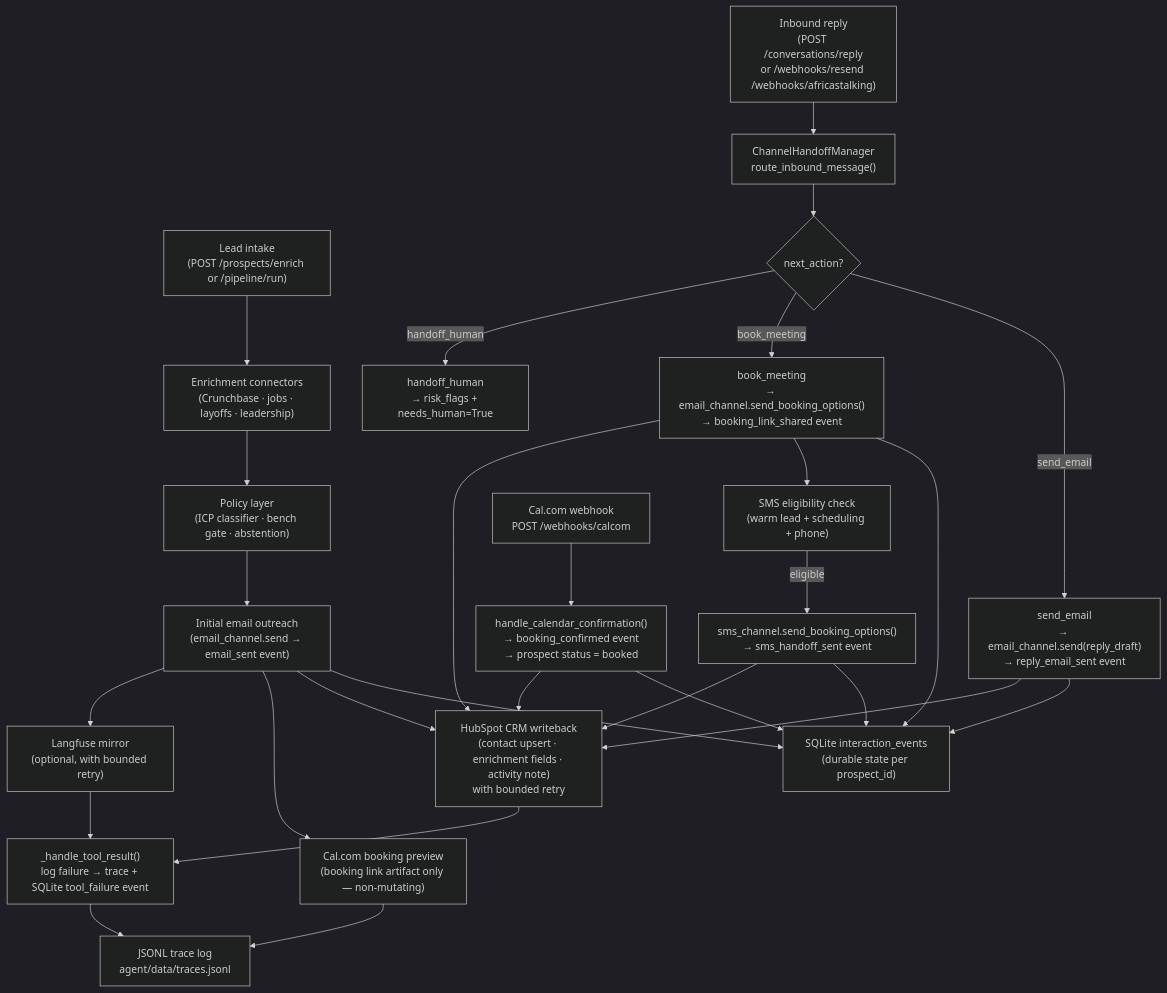
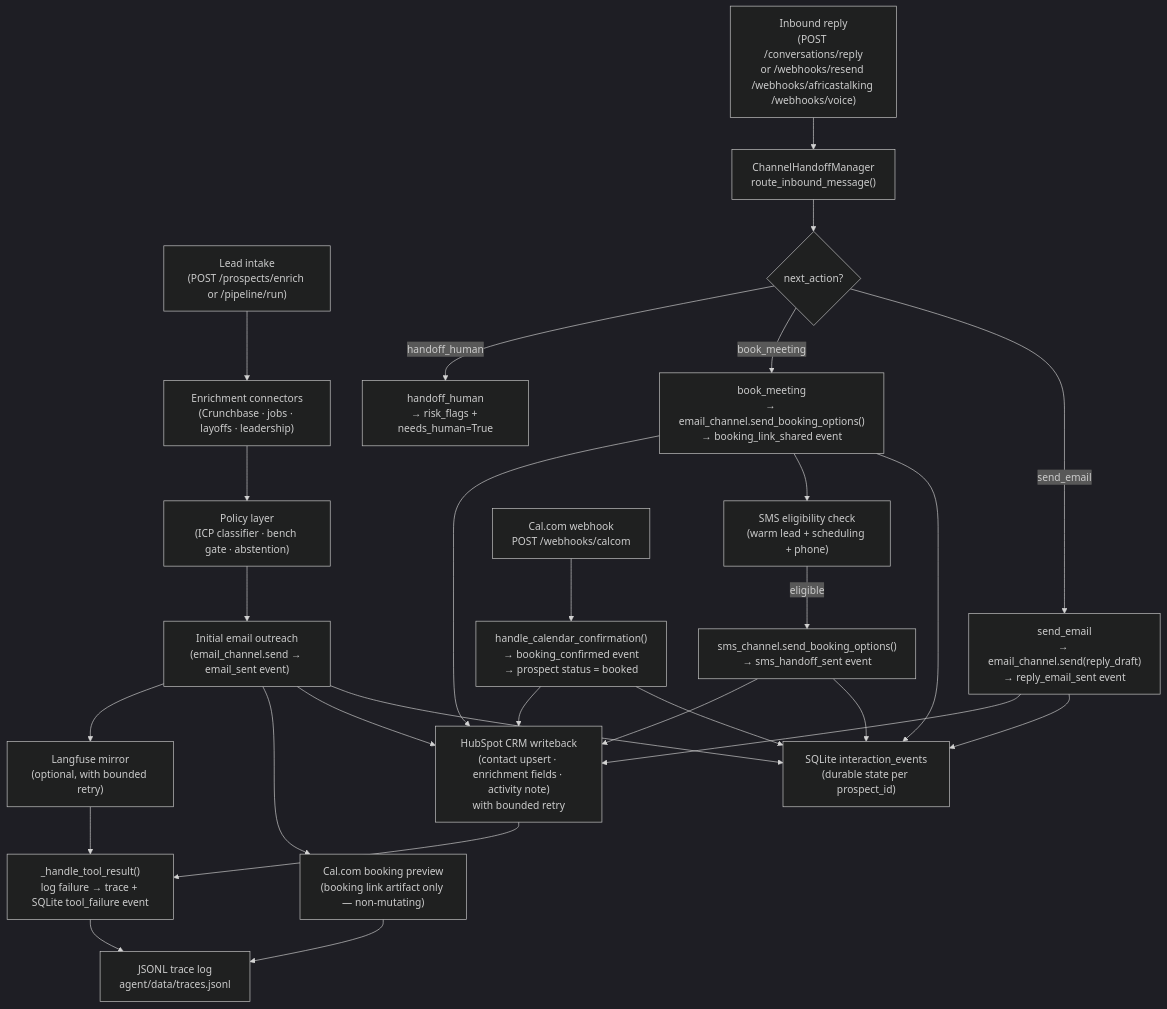
Before and after one commit to NuryeNigusMekonen/TheConversionEngine: the diagram in README.md, drawn with Mermaid (dark theme). The commit also changed other lines of this file and 10 other files, not shown here.

Commit message:
feat: add warm voice handoff and voice webhook flow

````diff
--- a/README.md
+++ b/README.md
@@ -53,42 +55,42 @@
 ```mermaid
 flowchart TD
     A["Lead intake\n(POST /prospects/enrich or /pipeline/run)"]
     B["Enrichment connectors\n(Crunchbase · jobs · layoffs · leadership)"]
     C["Policy layer\n(ICP classifier · bench gate · abstention)"]
     D["Initial email outreach\n(email_channel.send → email_sent event)"]
     E["SQLite interaction_events\n(durable state per prospect_id)"]
-    F["Inbound reply\n(POST /conversations/reply\nor /webhooks/resend /webhooks/africastalking)"]
+    F["Inbound reply\n(POST /conversations/reply\nor /webhooks/resend /webhooks/africastalking /webhooks/voice)"]
     G["ChannelHandoffManager\nroute_inbound_message()"]
     H{"next_action?"}
     I["send_email\n→ email_channel.send(reply_draft)\n→ reply_email_sent event"]
     J["book_meeting\n→ email_channel.send_booking_options()\n→ booking_link_shared event"]
     K["SMS eligibility check\n(warm lead + scheduling + phone)"]
     L["sms_channel.send_booking_options()\n→ sms_handoff_sent event"]
     M["handoff_human\n→ risk_flags + needs_human=True"]
     N["HubSpot CRM writeback\n(contact upsert · enrichment fields · activity note)\nwith bounded retry"]
     O["Cal.com booking preview\n(booking link artifact only — non-mutating)"]
     P["Cal.com webhook\nPOST /webhooks/calcom"]
     Q["handle_calendar_confirmation()\n→ booking_confirmed event\n→ prospect status = booked"]
     R["Langfuse mirror\n(optional, with bounded retry)"]
     S["JSONL trace log\nagent/data/traces.jsonl"]
     T["_handle_tool_result()\nlog failure → trace + SQLite tool_failure event"]
 
     A --> B --> C --> D --> E
     D --> N
     D --> O
     D --> R
     F --> G --> H
     H -->|send_email| I --> E
     H -->|book_meeting| J --> E
     J --> K -->|eligible| L --> E
     H -->|handoff_human| M
     I --> N
     J --> N
     L --> N
     N --> T
     O --> S
     R --> T
     P --> Q --> E
     Q --> N
     T --> S
 ```
````
